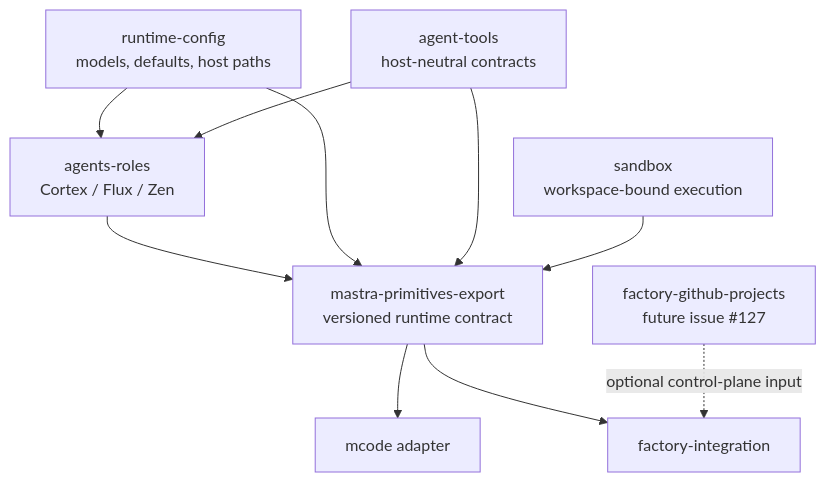
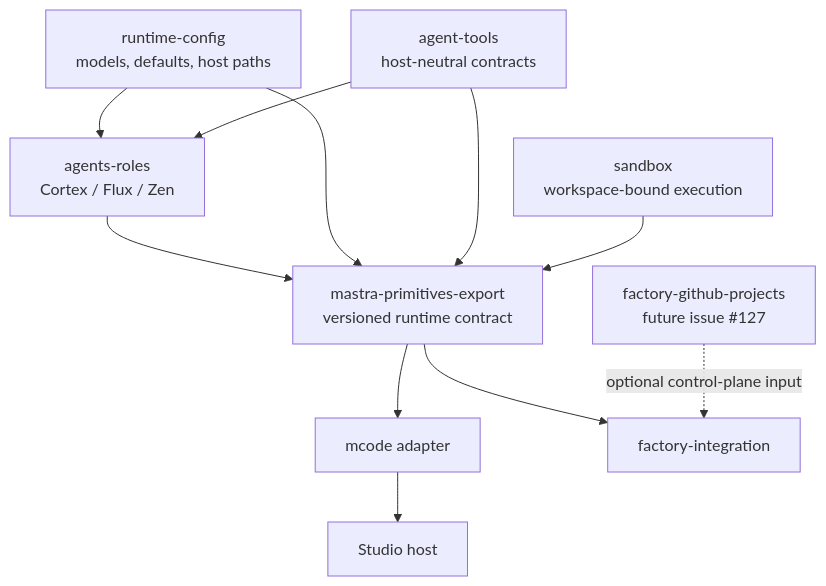
Before and after one commit to rlabs88/mastra-toolkit: the diagram in docs/mcode-factory-compatibility.md, drawn with Mermaid. The commit also changed other lines of this file and 20 other files, not shown here.

````diff
--- a/docs/mcode-factory-compatibility.md
+++ b/docs/mcode-factory-compatibility.md
@@ -5,21 +5,23 @@
 ```mermaid
 flowchart TB
   Config["runtime-config<br/>models, defaults, host paths"]
   Tools["agent-tools<br/>host-neutral contracts"]
   Roles["agents-roles<br/>Cortex / Flux / Zen"]
   Sandbox["sandbox<br/>workspace-bound execution"]
   Primitives["mastra-primitives-export<br/>versioned runtime contract"]
   MCode["mcode adapter"]
+  Studio["Studio host"]
   Factory["factory-integration"]
   Projects["factory-github-projects<br/>future issue #127"]
 
   Config --> Roles
   Tools --> Roles
   Roles --> Primitives
   Config --> Primitives
   Tools --> Primitives
   Sandbox --> Primitives
   Primitives --> MCode
+  MCode --> Studio
   Primitives --> Factory
   Projects -. "optional control-plane input" .-> Factory
 ```
````
